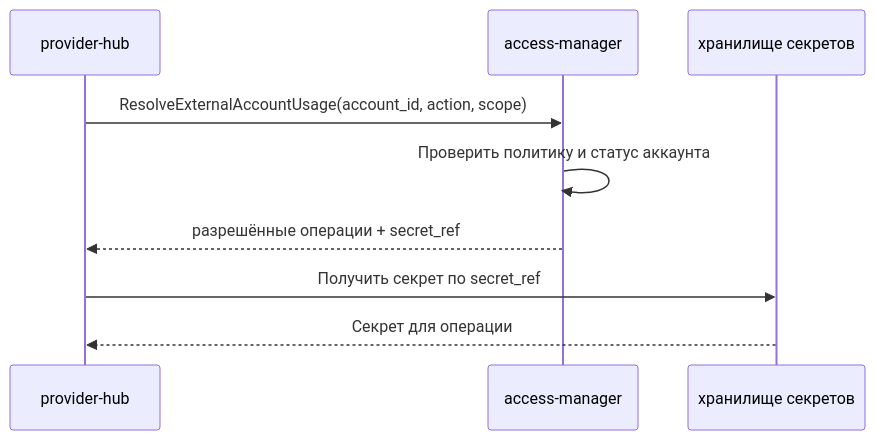
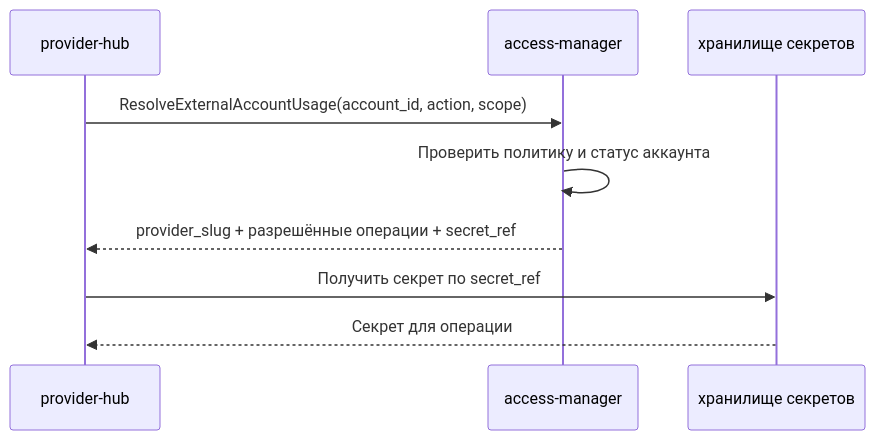
One commit to codex-k8s/kodex changed the third of 3 diagrams in docs/domains/access-and-accounts/architecture/design.md. Above: the diagram before and after it, drawn with Mermaid. The commit also changed 17 other files, not shown here.

````diff
--- a/docs/domains/access-and-accounts/architecture/design.md
+++ b/docs/domains/access-and-accounts/architecture/design.md
@@ -104,11 +104,11 @@
 ```mermaid
 sequenceDiagram
   participant P as provider-hub
   participant A as access-manager
   participant V as хранилище секретов
   P->>A: ResolveExternalAccountUsage(account_id, action, scope)
   A->>A: Проверить политику и статус аккаунта
-  A-->>P: разрешённые операции + secret_ref
+  A-->>P: provider_slug + разрешённые операции + secret_ref
   P->>V: Получить секрет по secret_ref
   V-->>P: Секрет для операции
 ```
````
